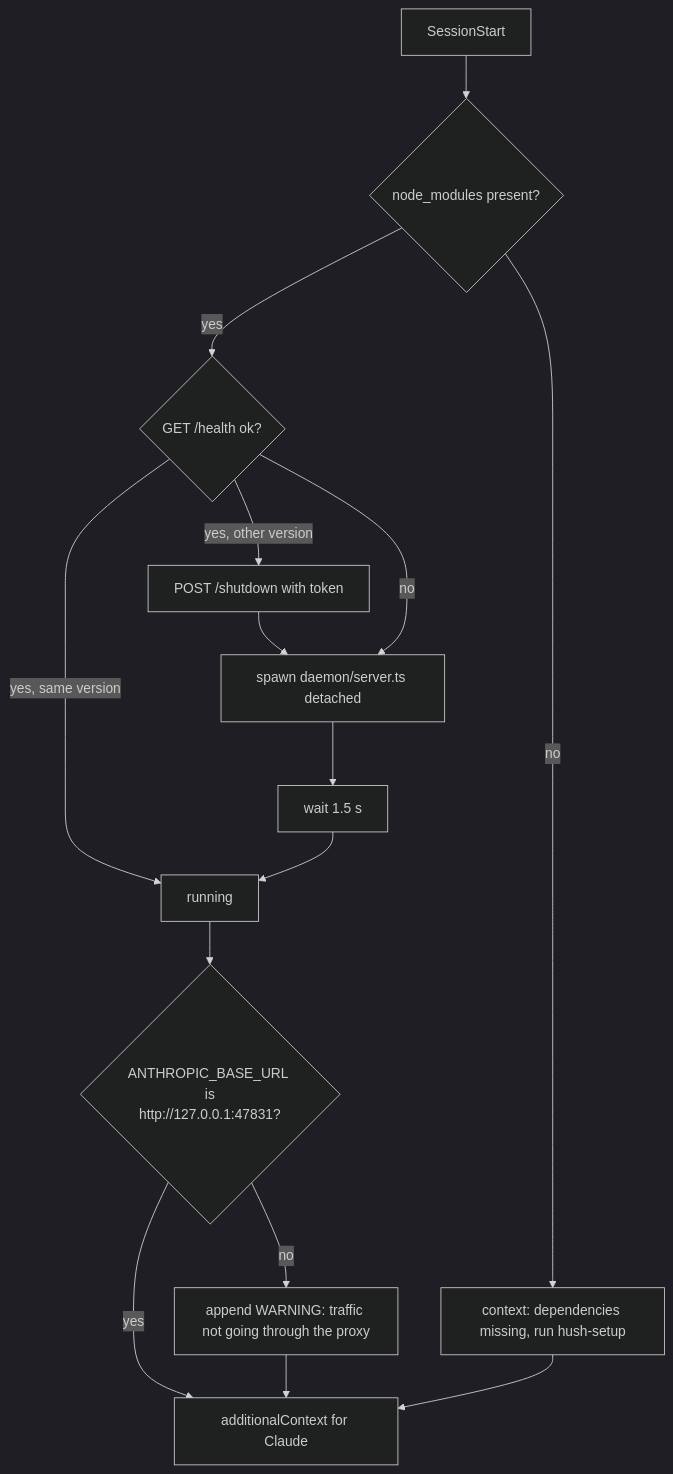
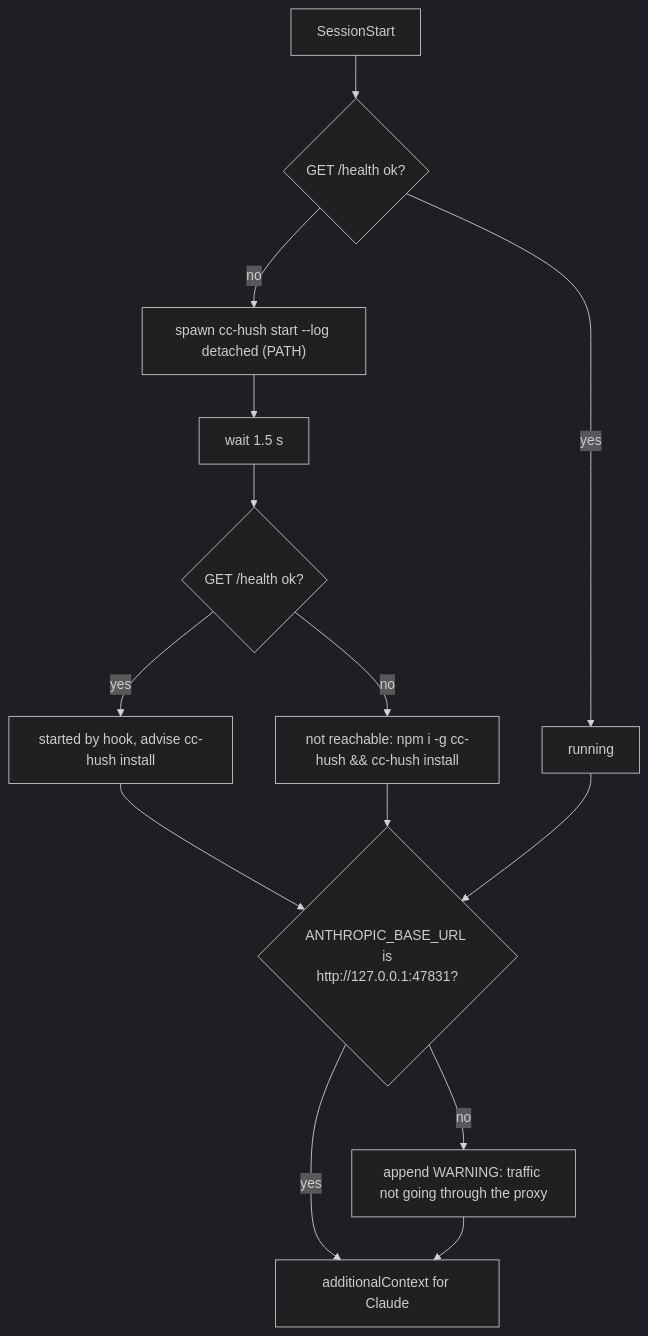
The first of 4 diagrams in docs/hooks-and-guard.md (DenEwout/cc-hush), drawn with Mermaid (dark theme) before and after one commit. The commit also changed other lines of this file and 24 other files, not shown here.

First line of the commit message:
feat: daemon as npm global with startup service, plugin split to plugin/

````diff
--- a/docs/hooks-and-guard.md
+++ b/docs/hooks-and-guard.md
@@ -13,14 +13,12 @@
 ```mermaid
 flowchart TD
-    S[SessionStart] --> D{node_modules present?}
-    D -- no --> N["context: dependencies missing, run hush-setup"]
-    D -- yes --> H{GET /health ok?}
-    H -- "yes, same version" --> R[running]
-    H -- "yes, other version" --> K[POST /shutdown with token] --> ST
-    H -- no --> ST[spawn daemon/server.ts detached] --> W[wait 1.5 s] --> R
+    S[SessionStart] --> H{GET /health ok?}
+    H -- yes --> R[running]
+    H -- no --> ST["spawn cc-hush start --log detached (PATH)"] --> W[wait 1.5 s] --> H2{GET /health ok?}
+    H2 -- yes --> R2["started by hook, advise cc-hush install"] --> B
+    H2 -- no --> N["not reachable: npm i -g cc-hush && cc-hush install"] --> B
     R --> B{ANTHROPIC_BASE_URL is<br/>http://127.0.0.1:47831?}
     B -- no --> WARN["append WARNING: traffic not going through the proxy"]
     B -- yes --> OUT
     WARN --> OUT[additionalContext for Claude]
-    N --> OUT
 ```
````
